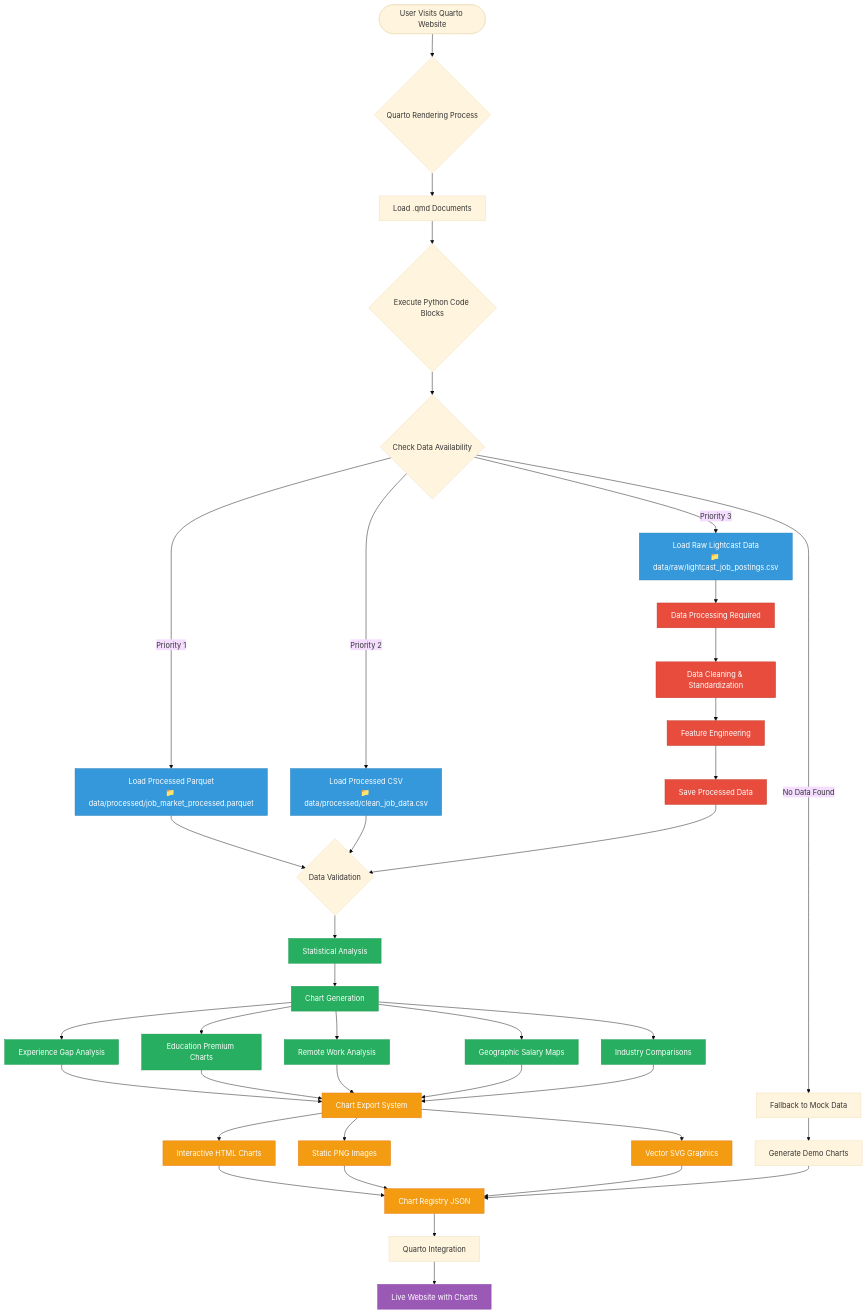
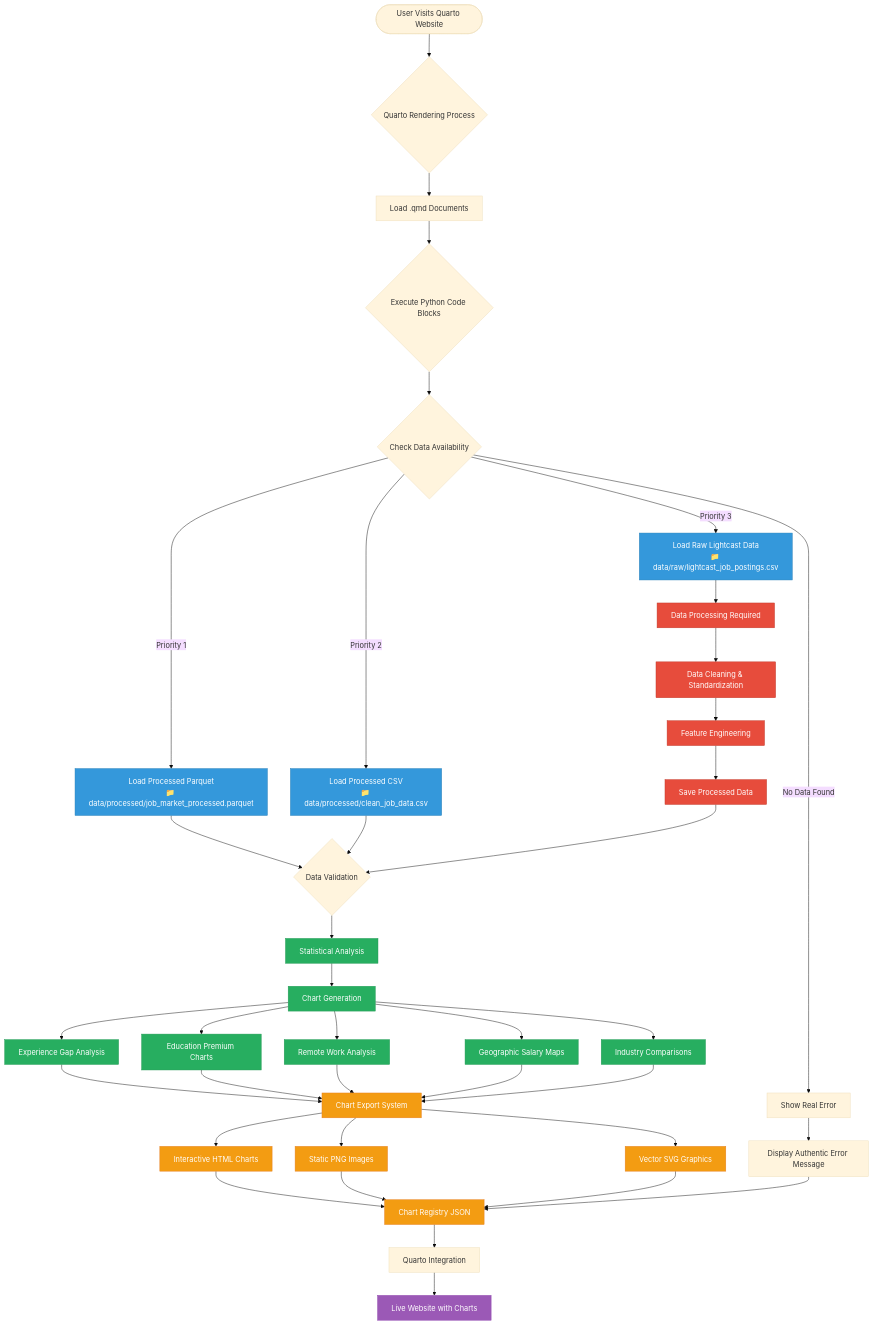
The first of 3 diagrams in DESIGN.md (samarthya/ad688-scratch), drawn with Mermaid (base theme) before and after one commit. The commit also changed other lines of this file and 8 other files, not shown here.

````diff
--- a/DESIGN.md
+++ b/DESIGN.md
@@ -71,78 +102,78 @@
 ```mermaid
 flowchart TD
     %% User Access
     START([User Visits Quarto Website]) --> RENDER{Quarto Rendering Process}
     
     %% Quarto Document Processing
     RENDER --> QMD[Load .qmd Documents]
     QMD --> PYTHON{Execute Python Code Blocks}
     
     %% Data Loading Decision Tree
     PYTHON --> DATACHECK{Check Data Availability}
     
     %% Data Source Hierarchy
     DATACHECK -->|Priority 1| PARQUET[Load Processed Parquet<br/>📁 data/processed/job_market_processed.parquet]
     DATACHECK -->|Priority 2| CSV[Load Processed CSV<br/>📁 data/processed/clean_job_data.csv]
     DATACHECK -->|Priority 3| RAW[Load Raw Lightcast Data<br/>📁 data/raw/lightcast_job_postings.csv]
     
     %% Data Processing Branch
     PARQUET --> VALIDATE{Data Validation}
     CSV --> VALIDATE
     RAW --> PROCESS[Data Processing Required]
     
     %% Processing Pipeline
     PROCESS --> CLEAN[Data Cleaning & Standardization]
     CLEAN --> FEATURE[Feature Engineering]
     FEATURE --> SAVE[Save Processed Data]
     SAVE --> VALIDATE
     
     %% Chart Generation Pipeline
     VALIDATE --> ANALYSIS[Statistical Analysis]
     ANALYSIS --> CHARTS[Chart Generation]
     
     %% Chart Types
     CHARTS --> EXPERIENCE[Experience Gap Analysis]
     CHARTS --> EDUCATION[Education Premium Charts]
     CHARTS --> REMOTE[Remote Work Analysis]
     CHARTS --> GEOGRAPHIC[Geographic Salary Maps]
     CHARTS --> INDUSTRY[Industry Comparisons]
     
     %% Output Generation
     EXPERIENCE --> EXPORT[Chart Export System]
     EDUCATION --> EXPORT
     REMOTE --> EXPORT
     GEOGRAPHIC --> EXPORT
     INDUSTRY --> EXPORT
     
     %% Multi-Format Output
     EXPORT --> HTML[Interactive HTML Charts]
     EXPORT --> PNG[Static PNG Images]
     EXPORT --> SVG[Vector SVG Graphics]
     
     %% Registry and Integration
     HTML --> REGISTRY[Chart Registry JSON]
     PNG --> REGISTRY
     SVG --> REGISTRY
     
     %% Final Website Assembly
     REGISTRY --> INTEGRATE[Quarto Integration]
     INTEGRATE --> WEBSITE[Live Website with Charts]
     
     %% Error Handling
-    DATACHECK -->|No Data Found| ERROR[Fallback to Mock Data]
-    ERROR --> MOCKCHARTS[Generate Demo Charts]
-    MOCKCHARTS --> REGISTRY
+    DATACHECK -->|No Data Found| ERROR[Show Real Error]
+    ERROR --> AUTHENTIC[Display Authentic Error Message]
+    AUTHENTIC --> REGISTRY
     
     %% Styling
     classDef dataSource fill:#3498DB,stroke:#2980B9,color:#fff
     classDef processing fill:#E74C3C,stroke:#C0392B,color:#fff
     classDef analysis fill:#27AE60,stroke:#229954,color:#fff
     classDef output fill:#F39C12,stroke:#E67E22,color:#fff
     classDef final fill:#9B59B6,stroke:#8E44AD,color:#fff
     
     class PARQUET,CSV,RAW dataSource
     class PROCESS,CLEAN,FEATURE,SAVE processing
     class ANALYSIS,CHARTS,EXPERIENCE,EDUCATION,REMOTE,GEOGRAPHIC,INDUSTRY analysis
     class EXPORT,HTML,PNG,SVG,REGISTRY output
     class WEBSITE final
 ```
````
